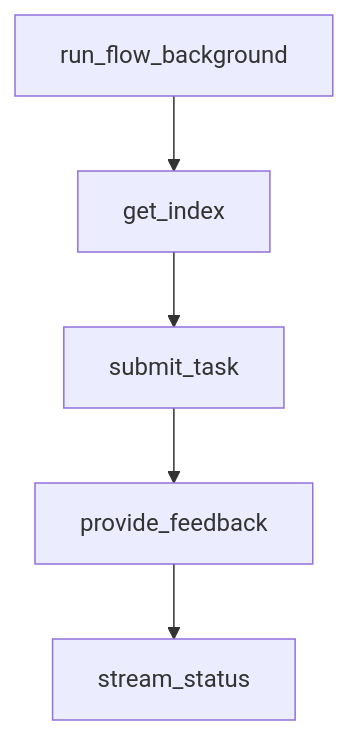
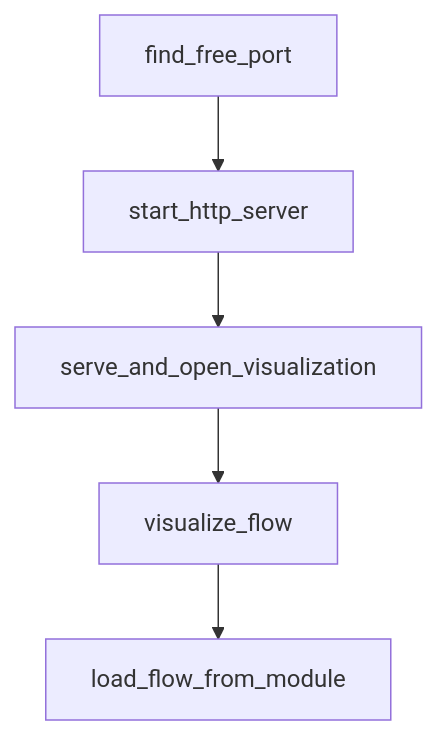
Before and after one commit to johnxie/awesome-code-docs: the diagram in tutorials/pocketflow-tutorial/04-rag-and-knowledge-patterns.md, drawn with Mermaid. The commit also changed other lines of this file and 1232 other files, not shown here.

````diff
--- a/tutorials/pocketflow-tutorial/04-rag-and-knowledge-patterns.md
+++ b/tutorials/pocketflow-tutorial/04-rag-and-knowledge-patterns.md
@@ -200,12 +198,12 @@
 ```mermaid
 flowchart TD
-    A[run_flow_background]
-    B[get_index]
-    C[submit_task]
-    D[provide_feedback]
-    E[stream_status]
+    A[find_free_port]
+    B[start_http_server]
+    C[serve_and_open_visualization]
+    D[visualize_flow]
+    E[load_flow_from_module]
     A --> B
     B --> C
     C --> D
     D --> E
 ```
````
